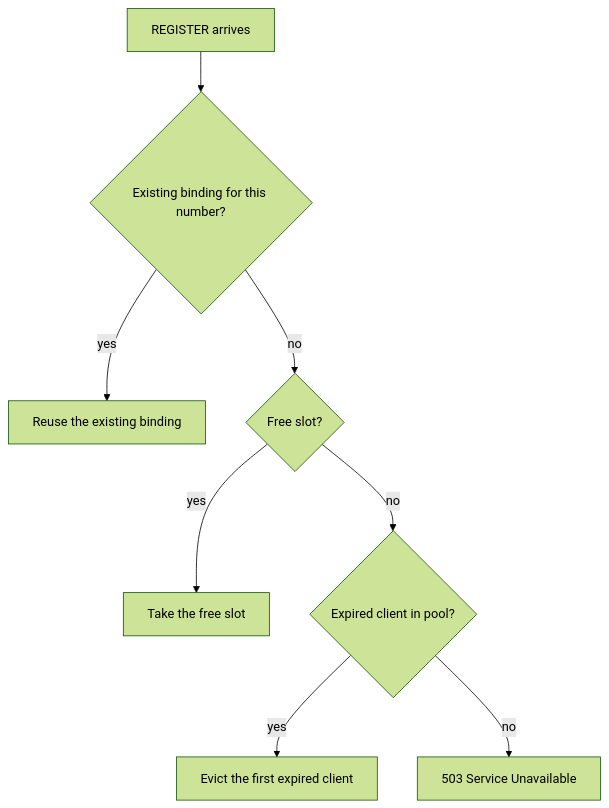
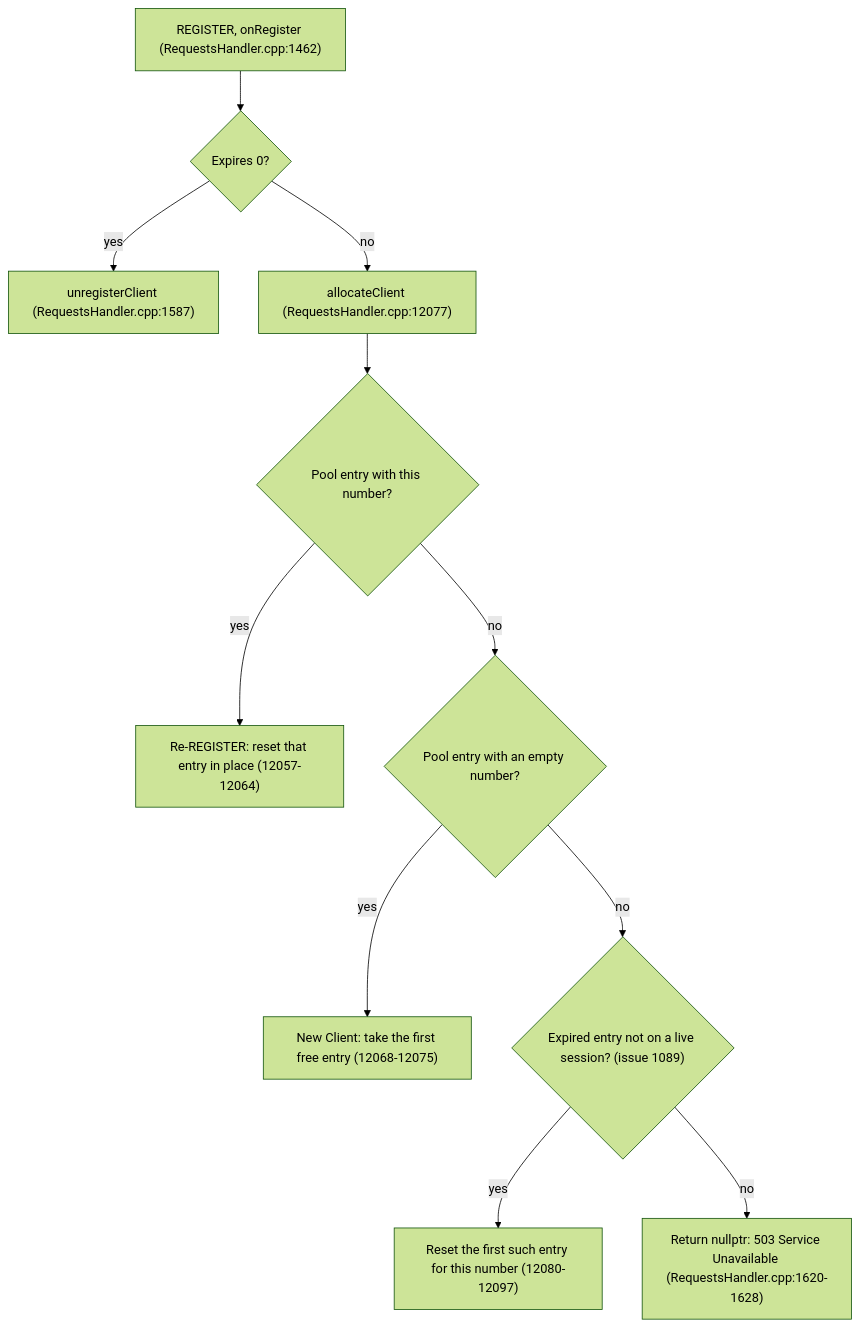
One commit to GlomarGadaffi/pocket-dial changed the diagram in docs/SCALING.md. Above: the diagram before and after it, drawn with Mermaid (forest theme). The commit also changed 29 other files, not shown here.

First line of the commit message:
docs: make the Mermaid diagrams exact against main (#1105)

````diff
--- a/docs/SCALING.md
+++ b/docs/SCALING.md
@@ -242,10 +242,13 @@
 ```mermaid
 flowchart TD
-    A[REGISTER arrives] --> B{Existing binding for this number?}
-    B -->|yes| C[Reuse the existing binding]
-    B -->|no| D{Free slot?}
-    D -->|yes| E[Take the free slot]
-    D -->|no| F{Expired client in pool?}
-    F -->|yes| G[Evict the first expired client]
-    F -->|no| H[503 Service Unavailable]
+    A["REGISTER, onRegister (RequestsHandler.cpp:1462)"] --> X{"Expires 0?"}
+    X -->|yes| U["unregisterClient (RequestsHandler.cpp:1587)"]
+    X -->|no| Q["allocateClient (RequestsHandler.cpp:12077)"]
+    Q --> B{"Pool entry with this number?"}
+    B -->|yes| C["Re-REGISTER: reset that entry in place (12057-12064)"]
+    B -->|no| D{"Pool entry with an empty number?"}
+    D -->|yes| E["New Client: take the first free entry (12068-12075)"]
+    D -->|no| F{"Expired entry not on a live session? (issue 1089)"}
+    F -->|yes| G["Reset the first such entry for this number (12080-12097)"]
+    F -->|no| H["Return nullptr: 503 Service Unavailable (RequestsHandler.cpp:1620-1628)"]
 ```
````
